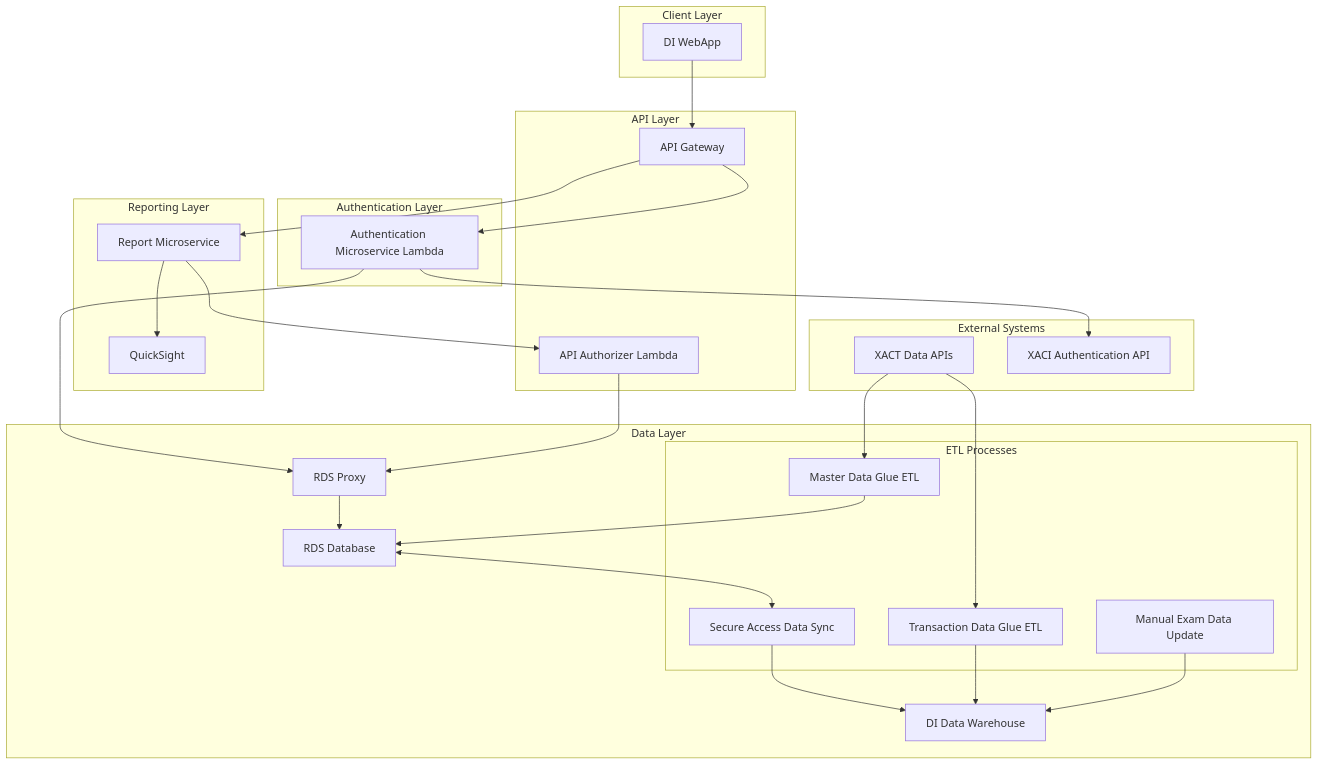
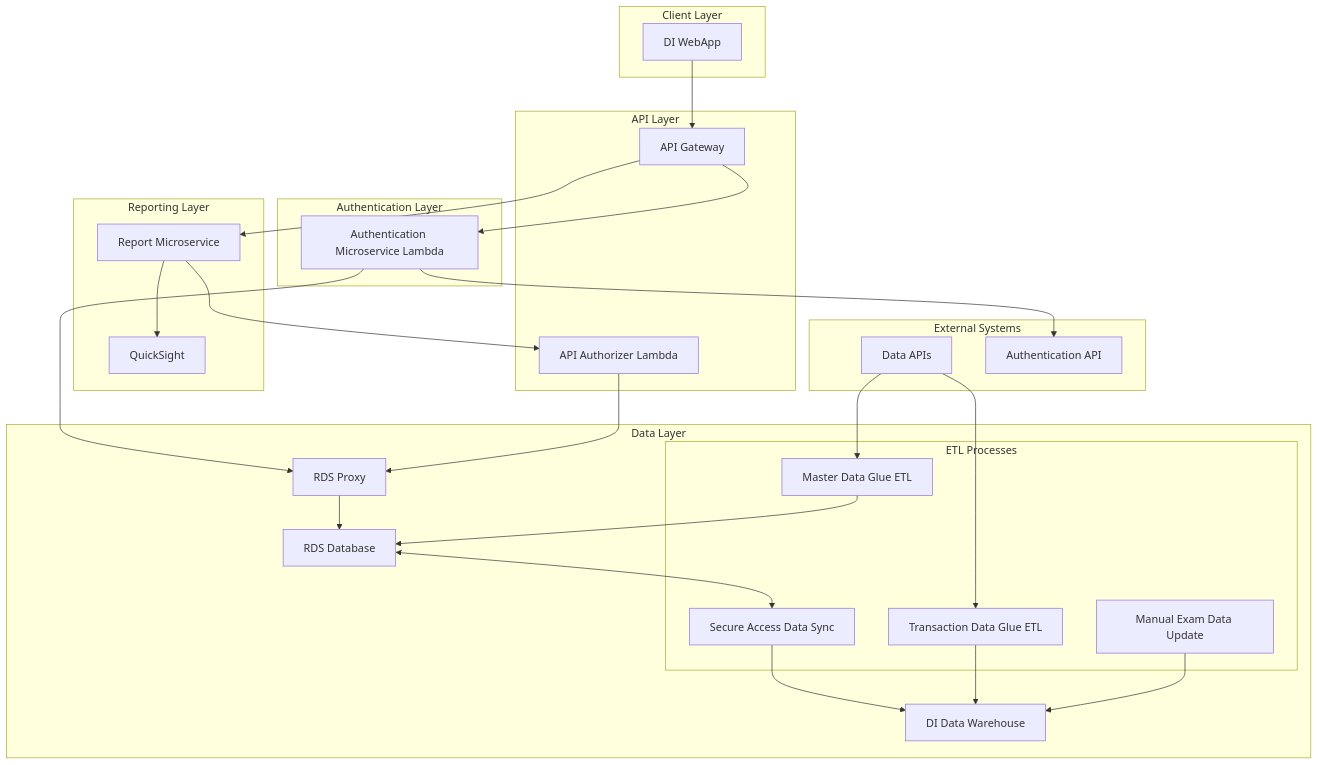
The first of 3 diagrams in Detailed.md (hugger-beep/private1), drawn with Mermaid before and after one commit.

````diff
--- a/Detailed.md
+++ b/Detailed.md
@@ -3,60 +3,60 @@
 ```mermaid
 graph TD
     subgraph "Client Layer"
         DIWebApp[DI WebApp]
     end
     
     subgraph "API Layer"
         APIGateway[API Gateway]
         APIAuth[API Authorizer Lambda]
     end
     
     subgraph "Authentication Layer"
         AuthMicro[Authentication Microservice Lambda]
     end
     
     subgraph "Reporting Layer"
         ReportMicro[Report Microservice]
         QS[QuickSight]
     end
     
     subgraph "Data Layer"
         RDSProxy[RDS Proxy]
         RDS[RDS Database]
         DW[DI Data Warehouse]
         
         subgraph "ETL Processes"
             TransETL[Transaction Data Glue ETL]
             MasterETL[Master Data Glue ETL]
             SecureSync[Secure Access Data Sync]
             ManualUpdate[Manual Exam Data Update]
         end
     end
     
     subgraph "External Systems"
-        XACTDataAPI[XACT Data APIs]
-        XACIAuth[XACI Authentication API]
+        XACTDataAPI[Data APIs]
+        XACIAuth[Authentication API]
     end
     
     DIWebApp --> APIGateway
     
     APIGateway --> AuthMicro
     APIGateway --> ReportMicro
     
     AuthMicro --> XACIAuth
     AuthMicro --> RDSProxy
     APIAuth --> RDSProxy
     
     ReportMicro --> QS
     ReportMicro --> APIAuth
     
     RDSProxy --> RDS
     RDS <--> SecureSync
     SecureSync --> DW
     TransETL --> DW
     MasterETL --> RDS
     ManualUpdate --> DW
     
     XACTDataAPI --> TransETL
     XACTDataAPI --> MasterETL
 ```
````
